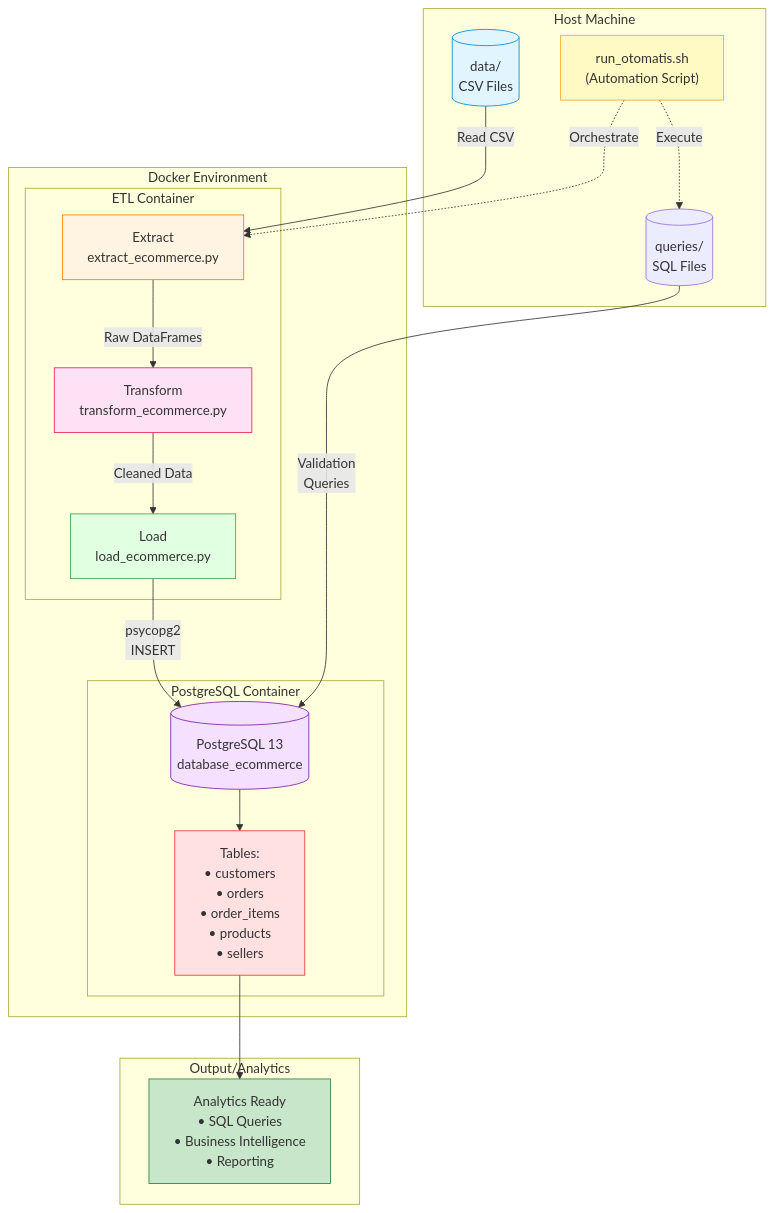
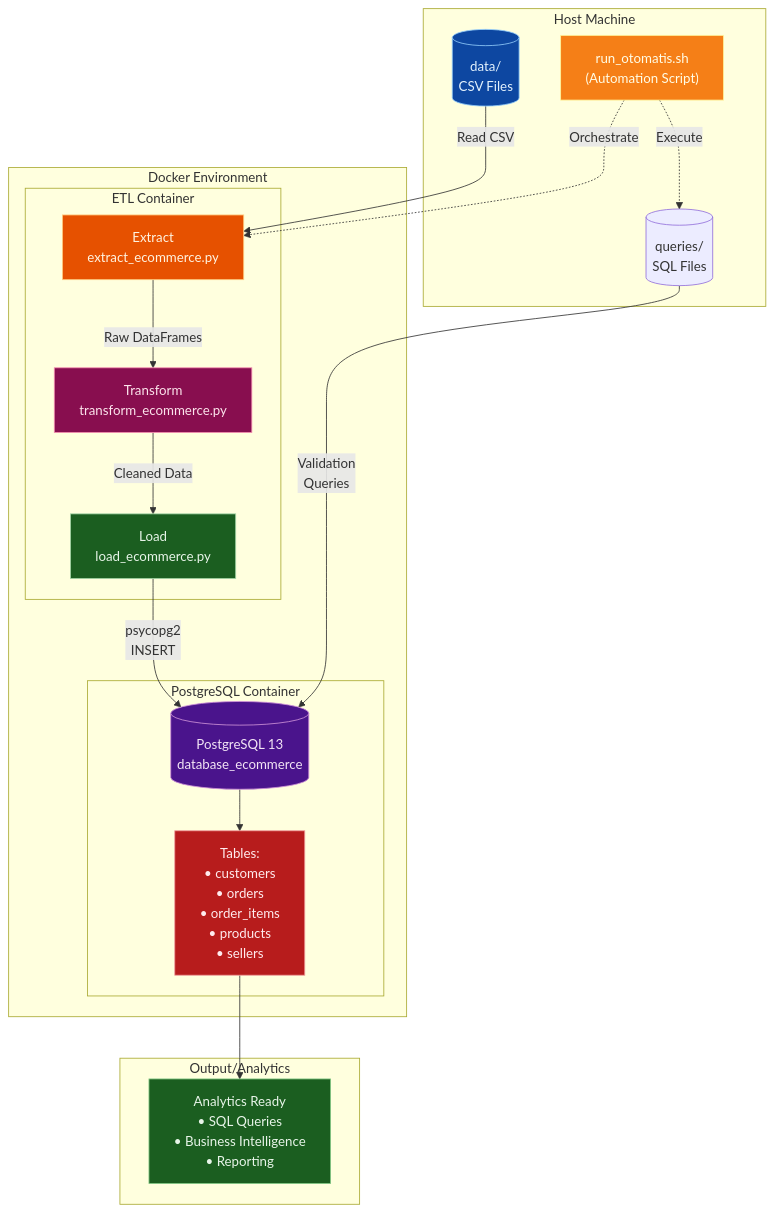
One commit to hendrakurn/P2-ETL_Ecommerce_Postgres changed the second of 5 diagrams in README.md. Above: the diagram before and after it, drawn with Mermaid.

````diff
--- a/README.md
+++ b/README.md
@@ -40,44 +40,45 @@
 ```mermaid
 graph TB
     subgraph "Host Machine"
         DATA[(" data/<br/>CSV Files")]
         SCRIPT[" run_otomatis.sh<br/>(Automation Script)"]
         QUERIES[(" queries/<br/>SQL Files")]
     end
     
     subgraph "Docker Environment"
         subgraph "ETL Container"
             EXTRACT[" Extract<br/>extract_ecommerce.py"]
             TRANSFORM[" Transform<br/>transform_ecommerce.py"]
             LOAD[" Load<br/>load_ecommerce.py"]
         end
         
         subgraph "PostgreSQL Container"
             DB[(" PostgreSQL 13<br/>database_ecommerce")]
             TABLES[" Tables:<br/>• customers<br/>• orders<br/>• order_items<br/>• products<br/>• sellers"]
         end
     end
     
     subgraph "Output/Analytics"
         ANALYTICS[" Analytics Ready<br/>• SQL Queries<br/>• Business Intelligence<br/>• Reporting"]
     end
     
     DATA -->|"Read CSV"| EXTRACT
     EXTRACT -->|"Raw DataFrames"| TRANSFORM
     TRANSFORM -->|"Cleaned Data"| LOAD
     LOAD -->|"psycopg2<br/>INSERT"| DB
     DB --> TABLES
     QUERIES -->|"Validation<br/>Queries"| DB
     TABLES --> ANALYTICS
     SCRIPT -.->|"Orchestrate"| EXTRACT
     SCRIPT -.->|"Execute"| QUERIES
     
-    style DATA fill:#e1f5ff,stroke:#0288d1
-    style EXTRACT fill:#fff4e1,stroke:#f57c00
-    style TRANSFORM fill:#ffe1f5,stroke:#e91e63
-    style LOAD fill:#e1ffe1,stroke:#43a047
-    style DB fill:#f5e1ff,stroke:#7b1fa2
-    style TABLES fill:#ffe1e1,stroke:#e53935
-    style ANALYTICS fill:#c8e6c9,stroke:#2e7d32
-    style SCRIPT fill:#fff9c4,stroke:#f9a825
+    style DATA fill:#0d47a1,stroke:#90caf9,color:#e3f2fd
+    style EXTRACT fill:#e65100,stroke:#ffcc80,color:#fff3e0
+    style TRANSFORM fill:#880e4f,stroke:#f48fb1,color:#fce4ec
+    style LOAD fill:#1b5e20,stroke:#a5d6a7,color:#e8f5e9
+    style DB fill:#4a148c,stroke:#ce93d8,color:#f3e5f5
+    style TABLES fill:#b71c1c,stroke:#ef9a9a,color:#ffebee
+    style ANALYTICS fill:#1b5e20,stroke:#81c784,color:#e8f5e9
+    style SCRIPT fill:#f57f17,stroke:#fff59d,color:#fffde7
+
 ```
````
